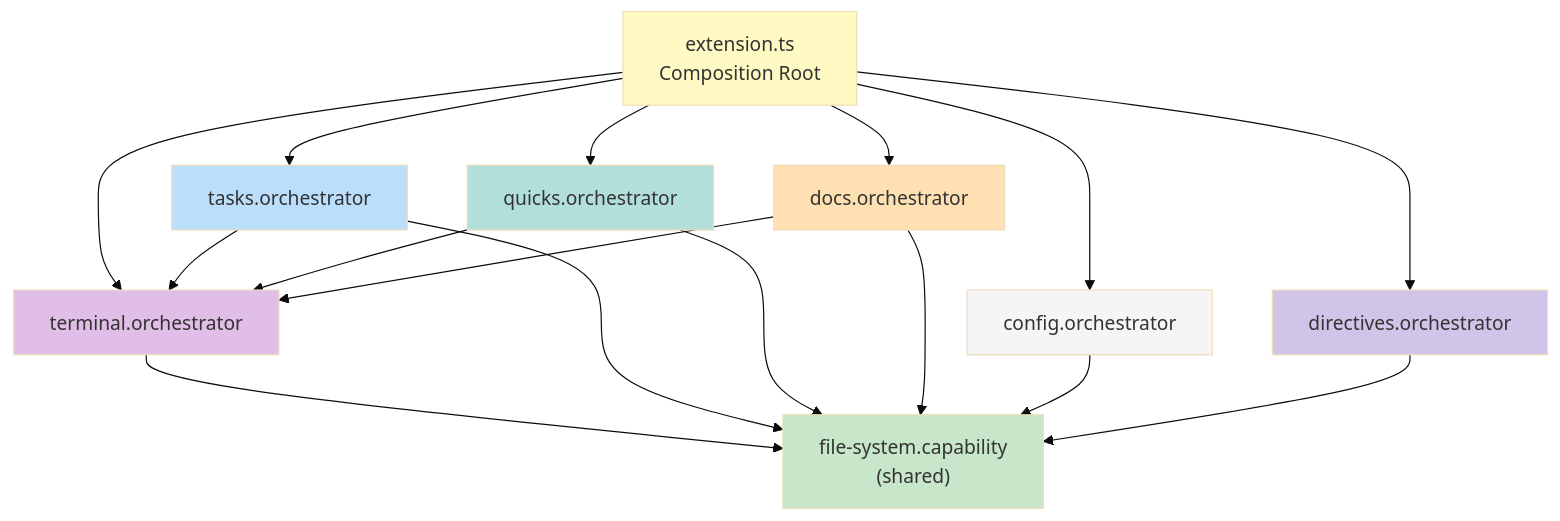
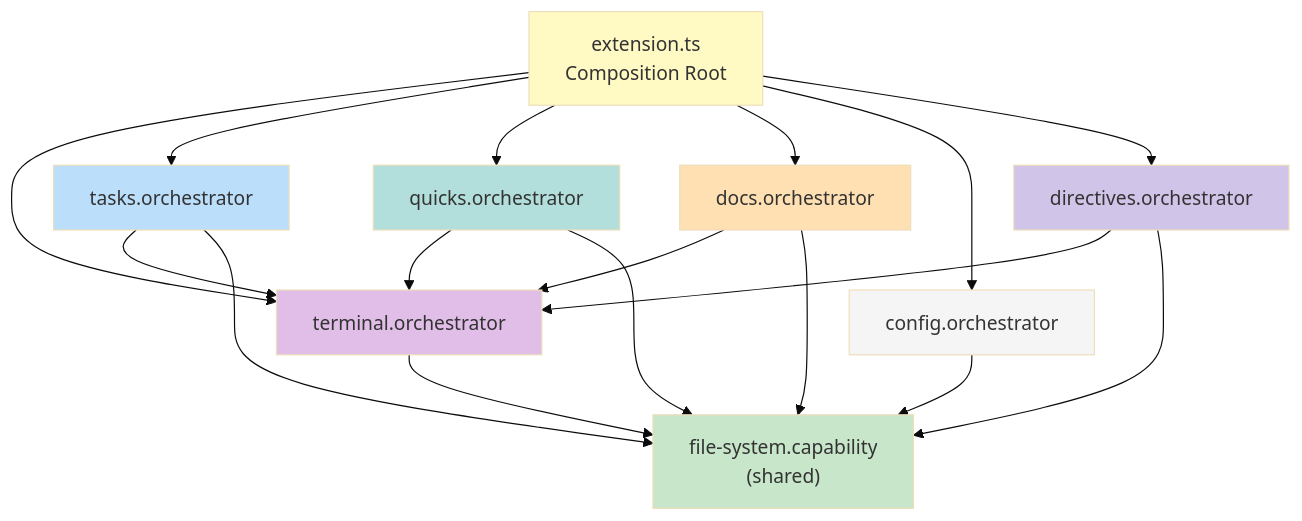
Before and after one commit to mattfletcher94/festinalente: the first of 3 diagrams in .festinalente/engineering/systems/vscode-extension/_index.md, drawn with Mermaid (base theme). The commit also changed other lines of this file and 1 other file, not shown here.

````diff
--- a/.festinalente/engineering/systems/vscode-extension/_index.md
+++ b/.festinalente/engineering/systems/vscode-extension/_index.md
@@ -129,40 +129,41 @@
 ```mermaid
 graph TD
     EXT["extension.ts<br/>Composition Root"]
 
     TERM["terminal.orchestrator"]
     TASKS["tasks.orchestrator"]
     QUICKS["quicks.orchestrator"]
     DOCS["docs.orchestrator"]
     CONFIG["config.orchestrator"]
     DIR["directives.orchestrator"]
 
     FS["file-system.capability<br/>(shared)"]
 
     EXT --> TERM
     EXT --> TASKS
     EXT --> QUICKS
     EXT --> DOCS
     EXT --> CONFIG
     EXT --> DIR
 
     TASKS --> TERM
     QUICKS --> TERM
     DOCS --> TERM
+    DIR --> TERM
 
     TERM --> FS
     TASKS --> FS
     QUICKS --> FS
     DOCS --> FS
     CONFIG --> FS
     DIR --> FS
 
     style EXT fill:#fff9c4
     style TERM fill:#e1bee7
     style TASKS fill:#bbdefb
     style QUICKS fill:#b2dfdb
     style DOCS fill:#ffe0b2
     style CONFIG fill:#f5f5f5
     style DIR fill:#d1c4e9
     style FS fill:#c8e6c9
 ```
````
